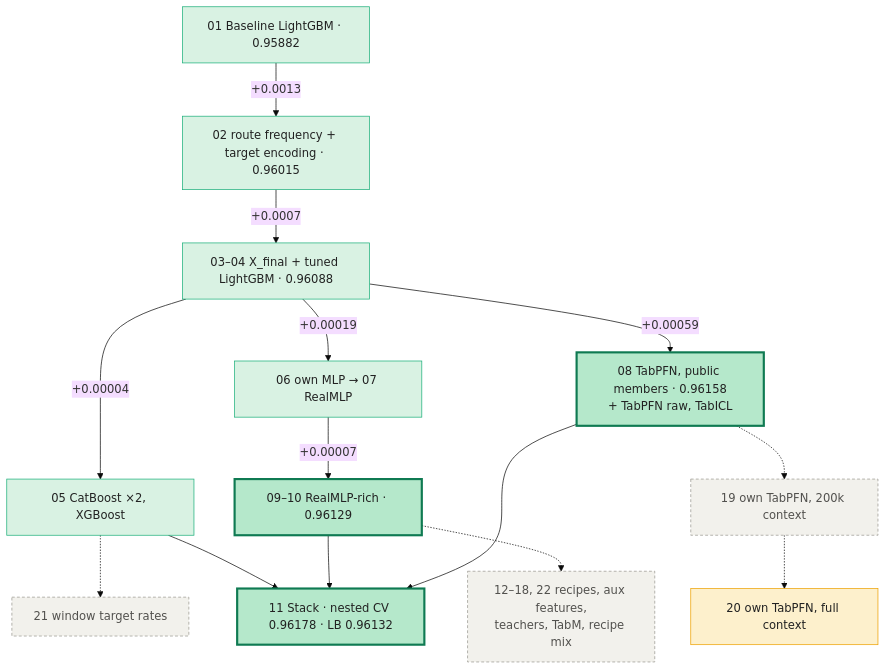
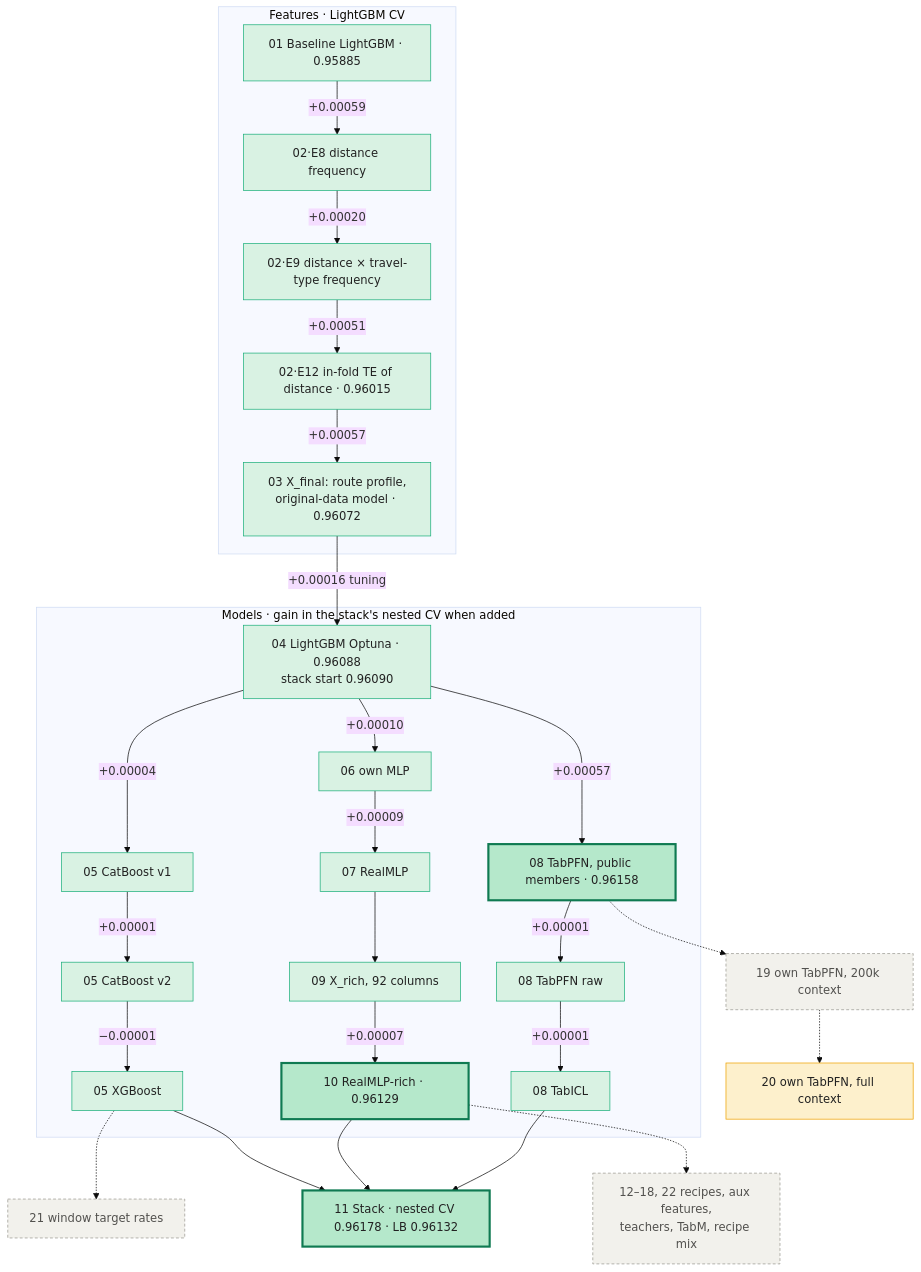
The diagram in predicting_airline_satisfaction_s6e10/README.md (de-lazurenko/kaggle-competitions), drawn with Mermaid (base theme) before and after one commit.

````diff
--- a/predicting_airline_satisfaction_s6e10/README.md
+++ b/predicting_airline_satisfaction_s6e10/README.md
@@ -23,26 +23,41 @@
 ```mermaid
 flowchart TD
     classDef kept fill:#d9f2e3,stroke:#1baf7a,color:#222
     classDef big fill:#b5e8cb,stroke:#0f7a52,stroke-width:3px,color:#222
     classDef rej fill:#f2f1ec,stroke:#9a9890,stroke-dasharray:4 3,color:#52514e
     classDef pend fill:#fdf0cc,stroke:#eda100,color:#222
 
-    B01["01 Baseline LightGBM · 0.95882"]:::kept
-    B01 -->|"+0.0013"| F02["02 route frequency + target encoding · 0.96015"]:::kept
-    F02 -->|"+0.0007"| X03["03–04 X_final + tuned LightGBM · 0.96088"]:::kept
+    subgraph FEAT["Features · LightGBM CV"]
+        B01["01 Baseline LightGBM · 0.95885"]:::kept
+        B01 -->|"+0.00059"| E8["02·E8 distance frequency"]:::kept
+        E8 -->|"+0.00020"| E9["02·E9 distance × travel-type frequency"]:::kept
+        E9 -->|"+0.00051"| E12["02·E12 in-fold TE of distance · 0.96015"]:::kept
+        E12 -->|"+0.00057"| X03["03 X_final: route profile,<br/>original-data model · 0.96072"]:::kept
+    end
 
-    X03 -->|"+0.00004"| GB["05 CatBoost ×2, XGBoost"]:::kept
-    X03 -->|"+0.00019"| NN["06 own MLP → 07 RealMLP"]:::kept
-    NN -->|"+0.00007"| M10["09–10 RealMLP-rich · 0.96129"]:::big
-    X03 -->|"+0.00059"| IC["08 TabPFN, public members · 0.96158<br/>+ TabPFN raw, TabICL"]:::big
+    subgraph MOD["Models · gain in the stack's nested CV when added"]
+        M04["04 LightGBM Optuna · 0.96088<br/>stack start 0.96090"]:::kept
+        M04 -->|"+0.00004"| C1["05 CatBoost v1"]:::kept
+        C1 -->|"+0.00001"| C2["05 CatBoost v2"]:::kept
+        C2 -->|"−0.00001"| XG["05 XGBoost"]:::kept
+        M04 -->|"+0.00010"| M06["06 own MLP"]:::kept
+        M06 -->|"+0.00009"| M07["07 RealMLP"]:::kept
+        M07 --> F09["09 X_rich, 92 columns"]:::kept
+        F09 -->|"+0.00007"| M10["10 RealMLP-rich · 0.96129"]:::big
+        M04 -->|"+0.00057"| M08["08 TabPFN, public members · 0.96158"]:::big
+        M08 -->|"+0.00001"| M08r["08 TabPFN raw"]:::kept
+        M08r -->|"+0.00001"| M08i["08 TabICL"]:::kept
+    end
 
-    GB -.-> R1["21 window target rates"]:::rej
+    X03 -->|"+0.00016 tuning"| M04
+
+    XG -.-> R1["21 window target rates"]:::rej
     M10 -.-> R2["12–18, 22 recipes, aux features,<br/>teachers, TabM, recipe mix"]:::rej
-    IC -.-> R3["19 own TabPFN, 200k context"]:::rej
+    M08 -.-> R3["19 own TabPFN, 200k context"]:::rej
     R3 -.-> P20["20 own TabPFN, full context"]:::pend
 
-    GB --> S11
+    XG --> S11
     M10 --> S11
-    IC --> S11
+    M08i --> S11
     S11["11 Stack · nested CV 0.96178 · LB 0.96132"]:::big
 ```
````
